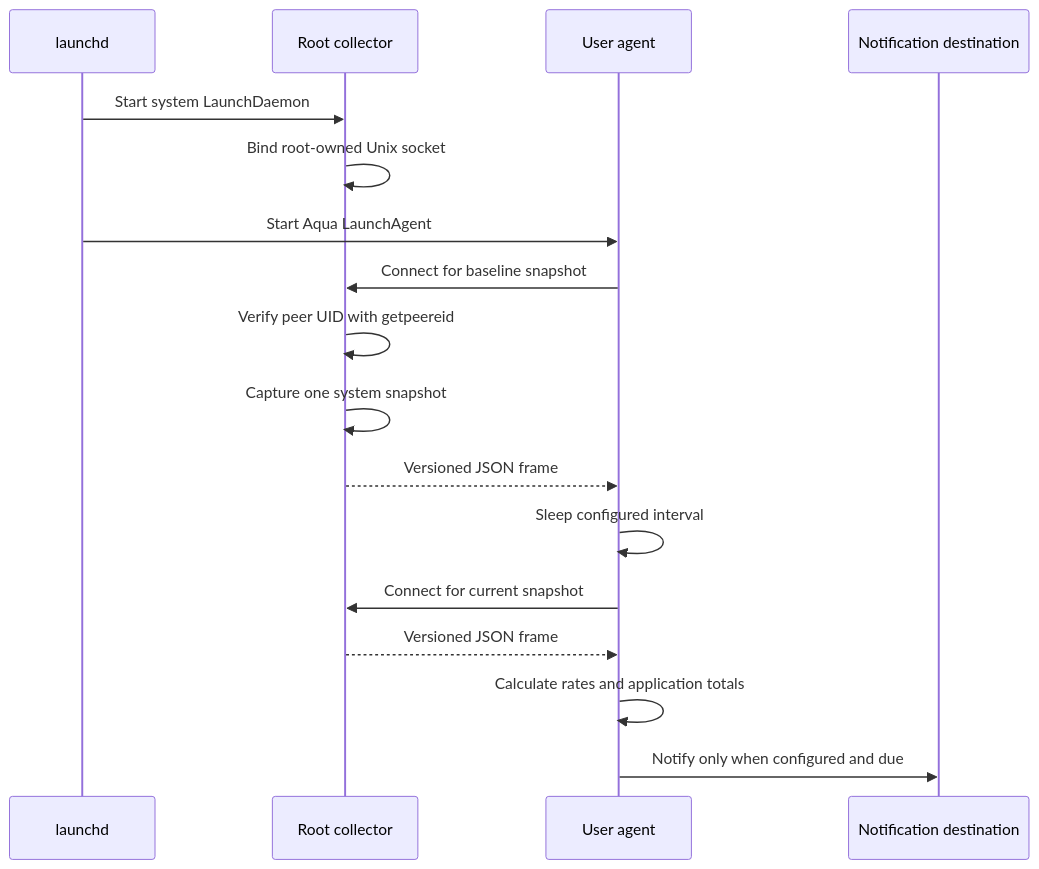
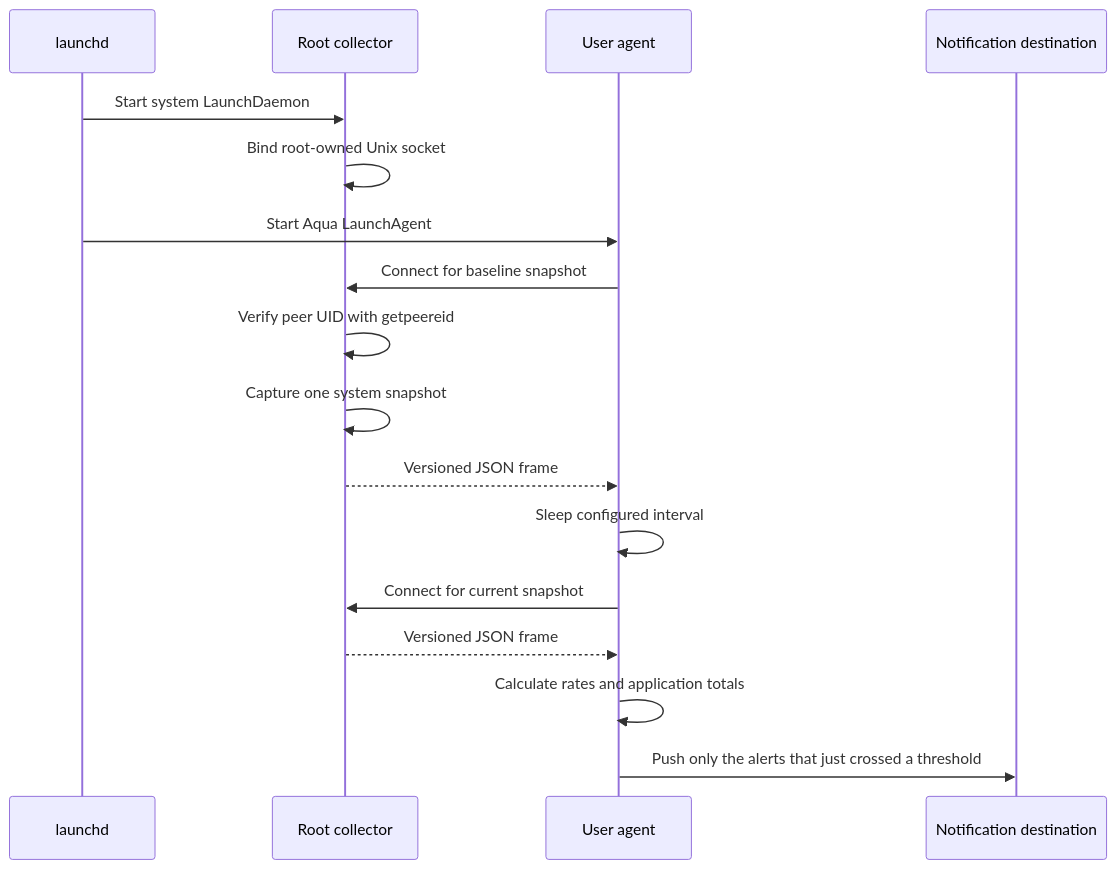
One commit to Heapy/harmon changed the diagram in docs/architecture.md. Above: the diagram before and after it, drawn with Mermaid. The commit also changed other lines of this file and 4 other files, not shown here.

````diff
--- a/docs/architecture.md
+++ b/docs/architecture.md
@@ -25,20 +25,20 @@
 ```mermaid
 sequenceDiagram
     participant L as launchd
     participant C as Root collector
     participant A as User agent
     participant D as Notification destination
 
     L->>C: Start system LaunchDaemon
     C->>C: Bind root-owned Unix socket
     L->>A: Start Aqua LaunchAgent
     A->>C: Connect for baseline snapshot
     C->>C: Verify peer UID with getpeereid
     C->>C: Capture one system snapshot
     C-->>A: Versioned JSON frame
     A->>A: Sleep configured interval
     A->>C: Connect for current snapshot
     C-->>A: Versioned JSON frame
     A->>A: Calculate rates and application totals
-    A->>D: Notify only when configured and due
+    A->>D: Push only the alerts that just crossed a threshold
 ```
````
